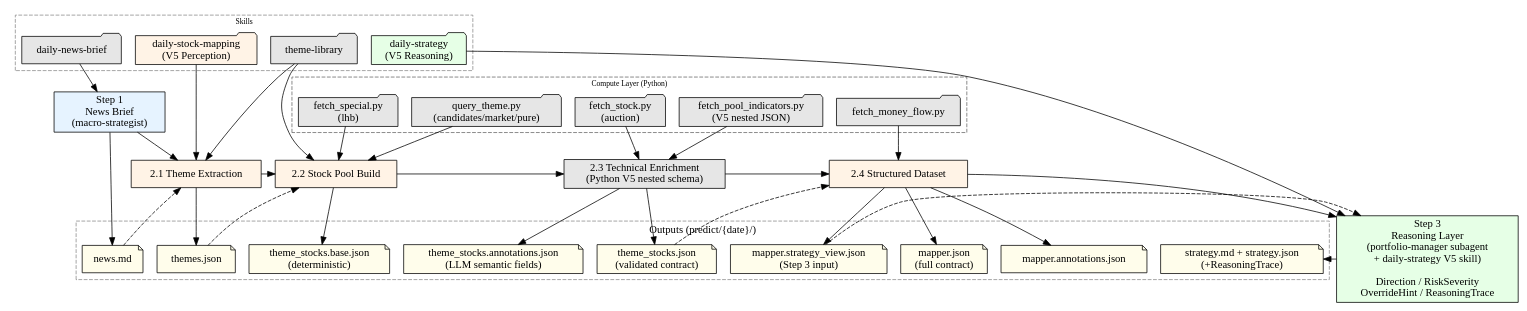
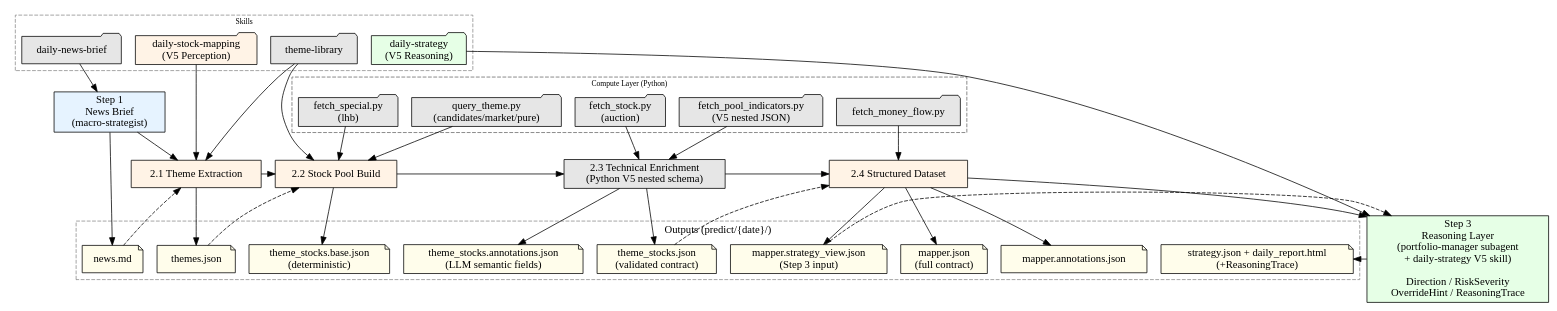
One commit to mysll/ashare-pilot changed the diagram in .opencode/skills/daily-market-analysis/SKILL.md. Above: the diagram before and after it, drawn with Graphviz. The commit also changed other lines of this file and 4 other files, not shown here.

Commit message:
feat: add report html

```diff
--- a/.opencode/skills/daily-market-analysis/SKILL.md
+++ b/.opencode/skills/daily-market-analysis/SKILL.md
@@ -83,7 +83,7 @@
         "mapper.annotations.json" [shape=note, style=filled, fillcolor="#fffdeb"];
         "mapper.json\n(full contract)" [shape=note, style=filled, fillcolor="#fffdeb"];
         "mapper.strategy_view.json\n(Step 3 input)" [shape=note, style=filled, fillcolor="#fffdeb"];
-        "strategy.md + strategy.json\n(+ReasoningTrace)" [shape=note, style=filled, fillcolor="#fffdeb"];
+        "strategy.json + daily_report.html\n(+ReasoningTrace)" [shape=note, style=filled, fillcolor="#fffdeb"];
     }
 
     // Main pipeline flow
@@ -102,7 +102,7 @@
     "2.4 Structured Dataset" -> "mapper.annotations.json";
     "2.4 Structured Dataset" -> "mapper.json\n(full contract)";
     "2.4 Structured Dataset" -> "mapper.strategy_view.json\n(Step 3 input)";
-    "Step 3: Reasoning" -> "strategy.md + strategy.json\n(+ReasoningTrace)";
+    "Step 3: Reasoning" -> "strategy.json + daily_report.html\n(+ReasoningTrace)";
 
     // Skill feeds
     "daily-news-brief" -> "Step 1: News Brief";
@@ -127,7 +127,7 @@
     // V5 architecture annotation
     { rank=same; "2.1 Theme Extraction" "2.2 Stock Pool Build" "2.3 Technical Enrichment\n(Python V5 nested schema)" "2.4 Structured Dataset" }
     {
-        label="V5 Architecture: Compute (Python) → Perception (Steps 1-2) → Reasoning (Step 3) → Decision (strategy.md)";
+        label="V5 Architecture: Compute (Python) → Perception (Steps 1-2) → Reasoning (Step 3) → Decision (strategy.json + daily_report.html)";
         shape=plaintext;
         fontsize=11;
     }
```
